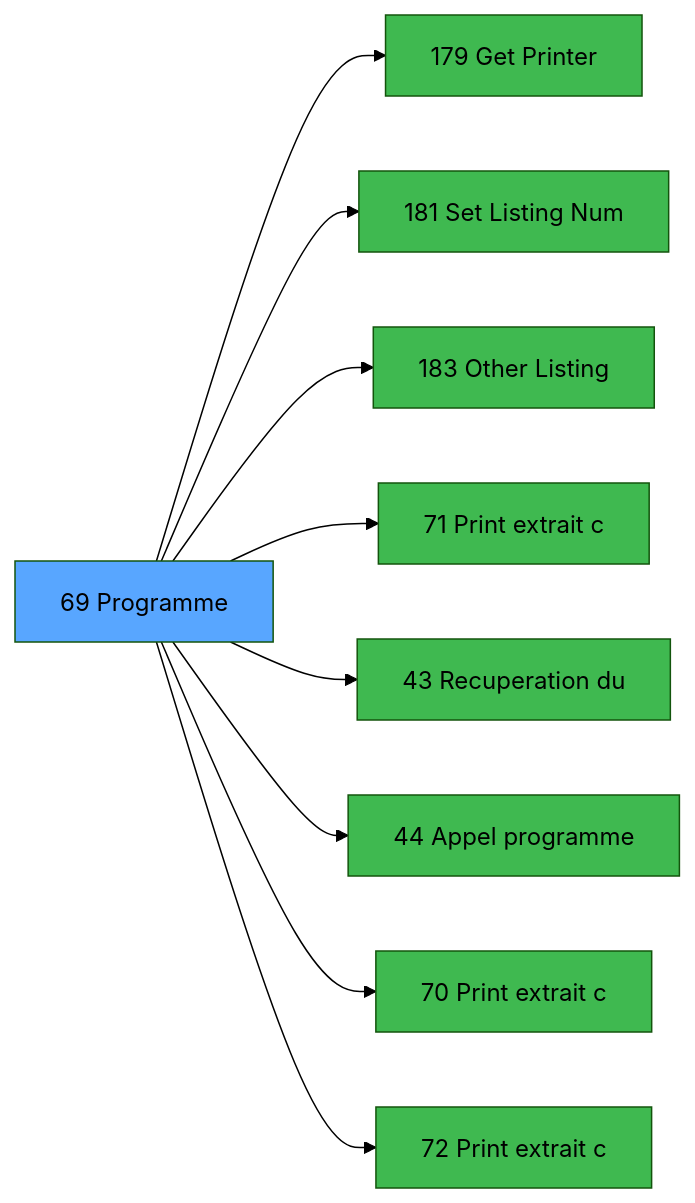
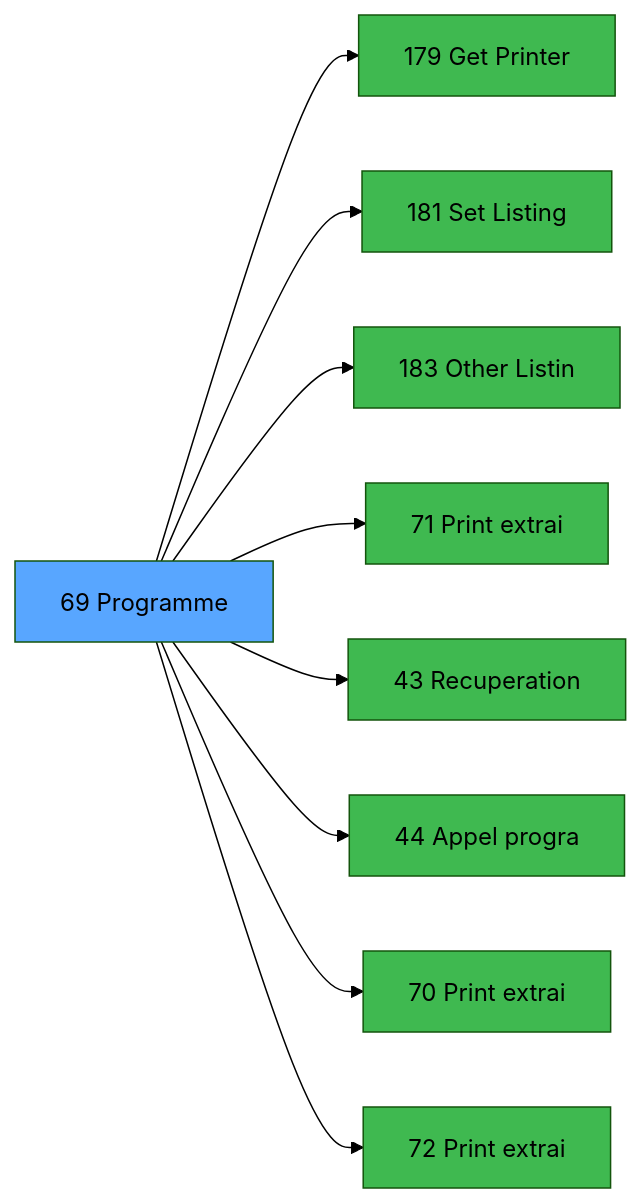
The third of 3 diagrams in .openspec/specs/ADH-IDE-69.md (thonyAGP/magic-migration), drawn with Mermaid (forest theme) before and after one commit. The commit also changed other lines of this file and 323 other files, not shown here.

````diff
--- a/.openspec/specs/ADH-IDE-69.md
+++ b/.openspec/specs/ADH-IDE-69.md
@@ -131,29 +149,29 @@
 ```mermaid
 graph LR
     T[69 Programme]
     C179[179 Get Printer]
     T --> C179
-    C181[181 Set Listing Num]
+    C181[181 Set Listing ]
     T --> C181
-    C183[183 Other Listing]
+    C183[183 Other Listin]
     T --> C183
-    C71[71 Print extrait c]
+    C71[71 Print extrai]
     T --> C71
-    C43[43 Recuperation du]
+    C43[43 Recuperation]
     T --> C43
-    C44[44 Appel programme]
+    C44[44 Appel progra]
     T --> C44
-    C70[70 Print extrait c]
+    C70[70 Print extrai]
     T --> C70
-    C72[72 Print extrait c]
+    C72[72 Print extrai]
     T --> C72
     style T fill:#58a6ff,color:#000
     style C179 fill:#3fb950
     style C181 fill:#3fb950
     style C183 fill:#3fb950
     style C71 fill:#3fb950
     style C43 fill:#3fb950
     style C44 fill:#3fb950
     style C70 fill:#3fb950
     style C72 fill:#3fb950
 ```
````
